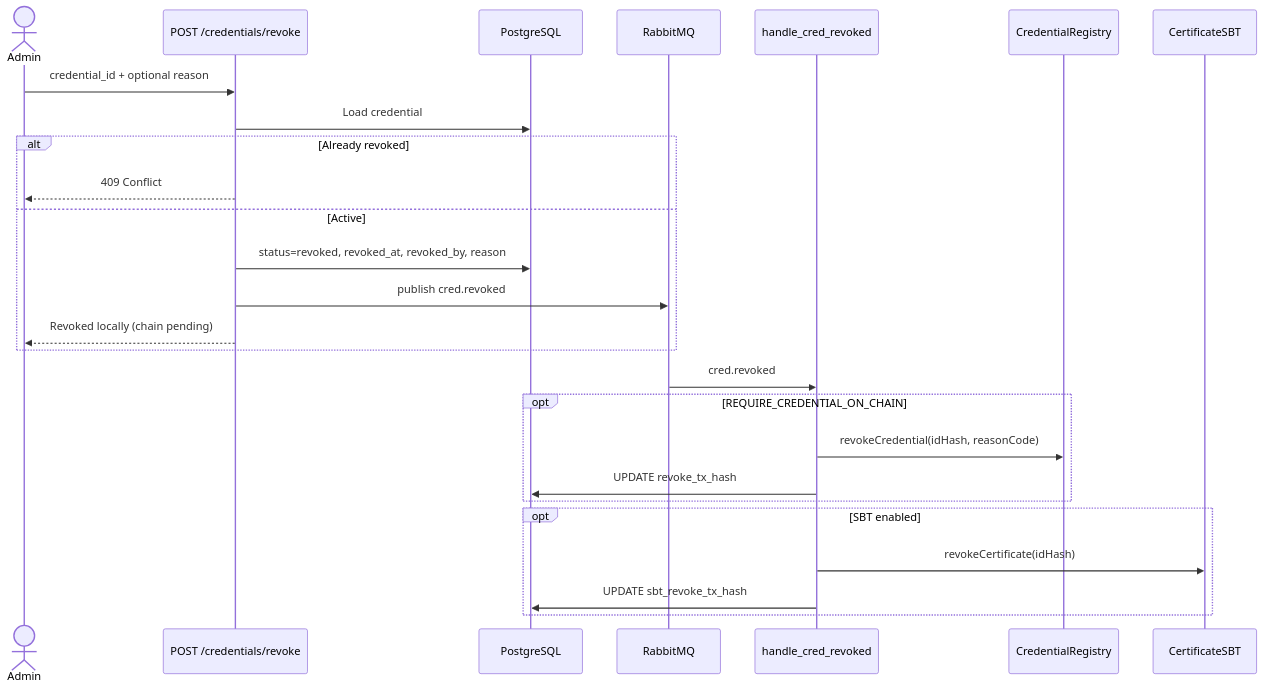
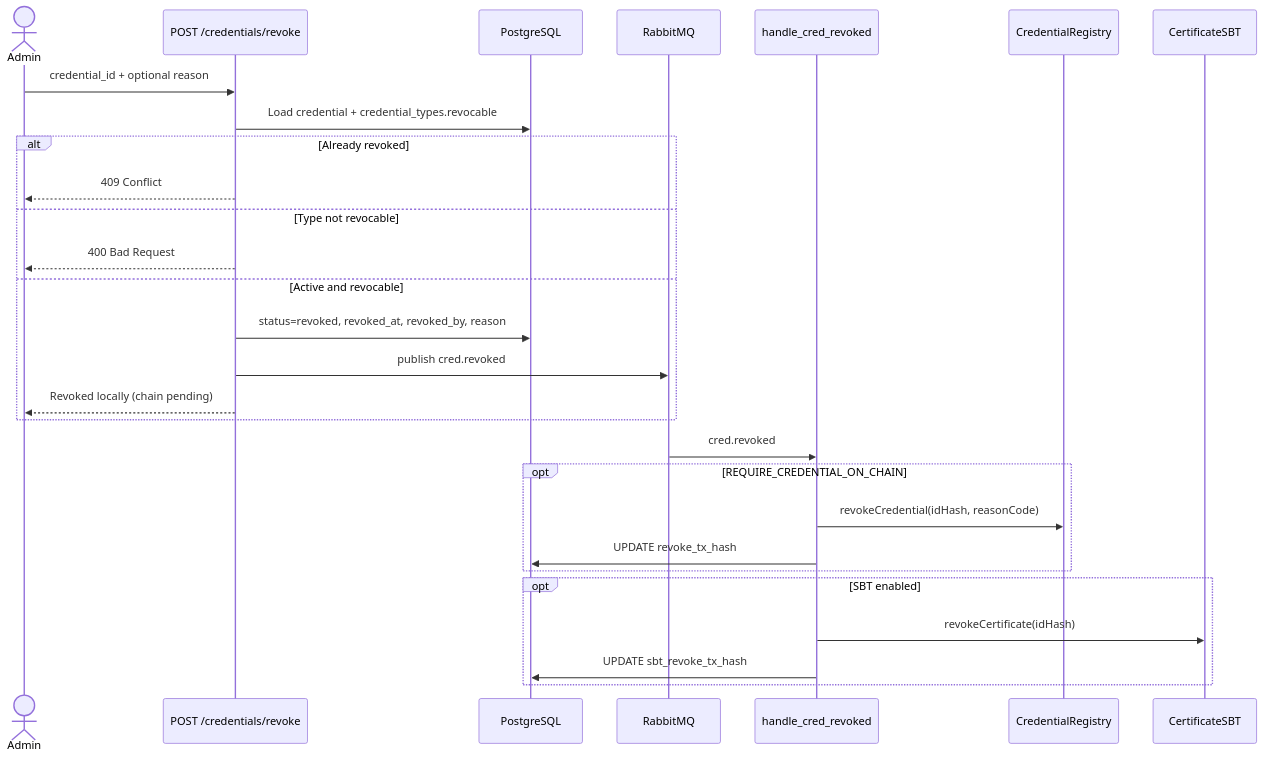
Diagram 11 of 20 in docs/flows.md (erfantq/Digital-Identity-Wallet), drawn with Mermaid before and after one commit. The commit also changed other lines of this file and 75 other files, not shown here.

Commit message:
feat: dynamic credential type definition

````diff
--- a/docs/flows.md
+++ b/docs/flows.md
@@ -366,30 +366,32 @@
 ```mermaid
 sequenceDiagram
   actor A as Admin
   participant API as POST /credentials/revoke
   participant DB as PostgreSQL
   participant Bus as RabbitMQ
   participant C as handle_cred_revoked
   participant Reg as CredentialRegistry
   participant SBT as CertificateSBT
 
   A->>API: credential_id + optional reason
-  API->>DB: Load credential
+  API->>DB: Load credential + credential_types.revocable
   alt Already revoked
     API-->>A: 409 Conflict
-  else Active
+  else Type not revocable
+    API-->>A: 400 Bad Request
+  else Active and revocable
     API->>DB: status=revoked, revoked_at, revoked_by, reason
     API->>Bus: publish cred.revoked
     API-->>A: Revoked locally (chain pending)
   end
 
   Bus->>C: cred.revoked
   opt REQUIRE_CREDENTIAL_ON_CHAIN
     C->>Reg: revokeCredential(idHash, reasonCode)
     C->>DB: UPDATE revoke_tx_hash
   end
   opt SBT enabled
     C->>SBT: revokeCertificate(idHash)
     C->>DB: UPDATE sbt_revoke_tx_hash
   end
 ```
````
